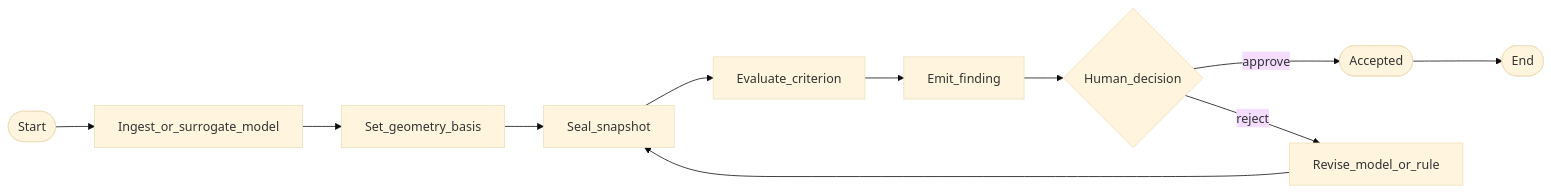
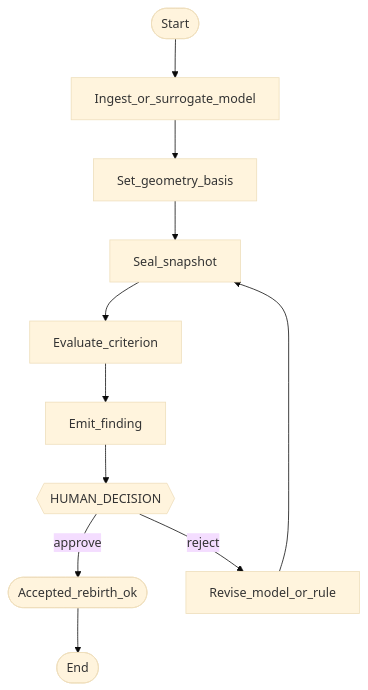
Before and after one commit to kirsunn/AVGALAXY: the diagram in architecture/bpmn-norm-check.md, drawn with Mermaid (base theme). The commit also changed other lines of this file and 7 other files, not shown here.

````diff
--- a/architecture/bpmn-norm-check.md
+++ b/architecture/bpmn-norm-check.md
@@ -5,13 +5,13 @@
 ```mermaid
-flowchart LR
+flowchart TB
   start([Start]) --> ingest[Ingest_or_surrogate_model]
   ingest --> basis[Set_geometry_basis]
   basis --> snap[Seal_snapshot]
   snap --> run[Evaluate_criterion]
   run --> find[Emit_finding]
-  find --> human{Human_decision}
-  human -->|approve| done([Accepted])
+  find --> human{{HUMAN_DECISION}}
+  human -->|approve| done([Accepted_rebirth_ok])
   human -->|reject| revise[Revise_model_or_rule]
   revise --> snap
   done --> finish([End])
 ```
````
